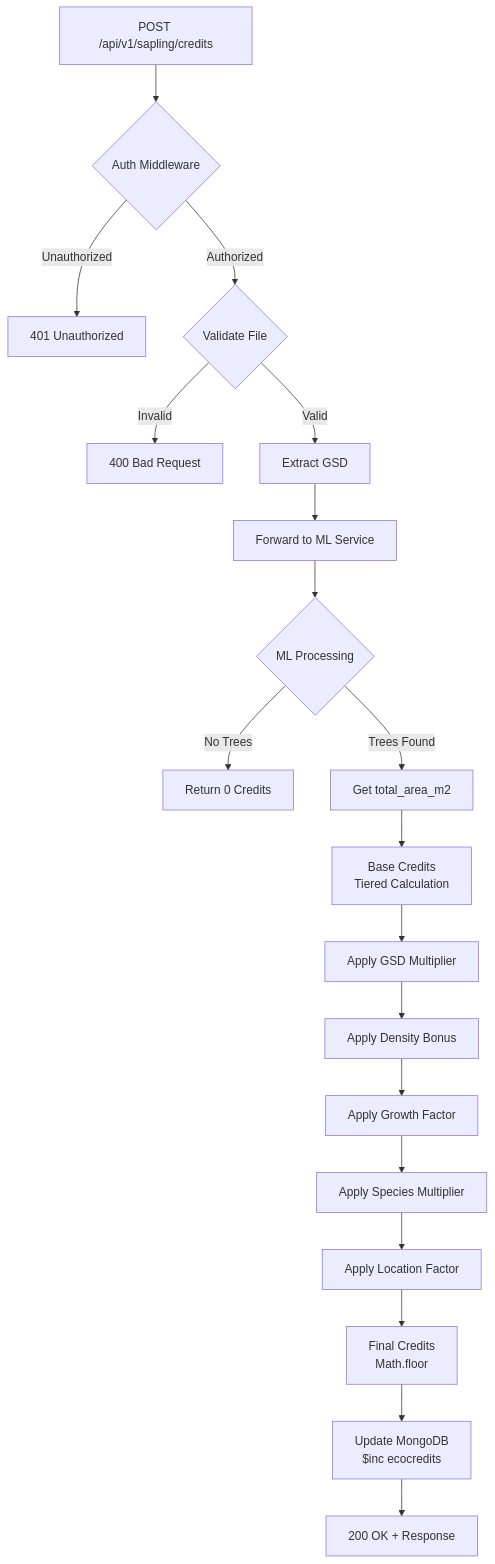
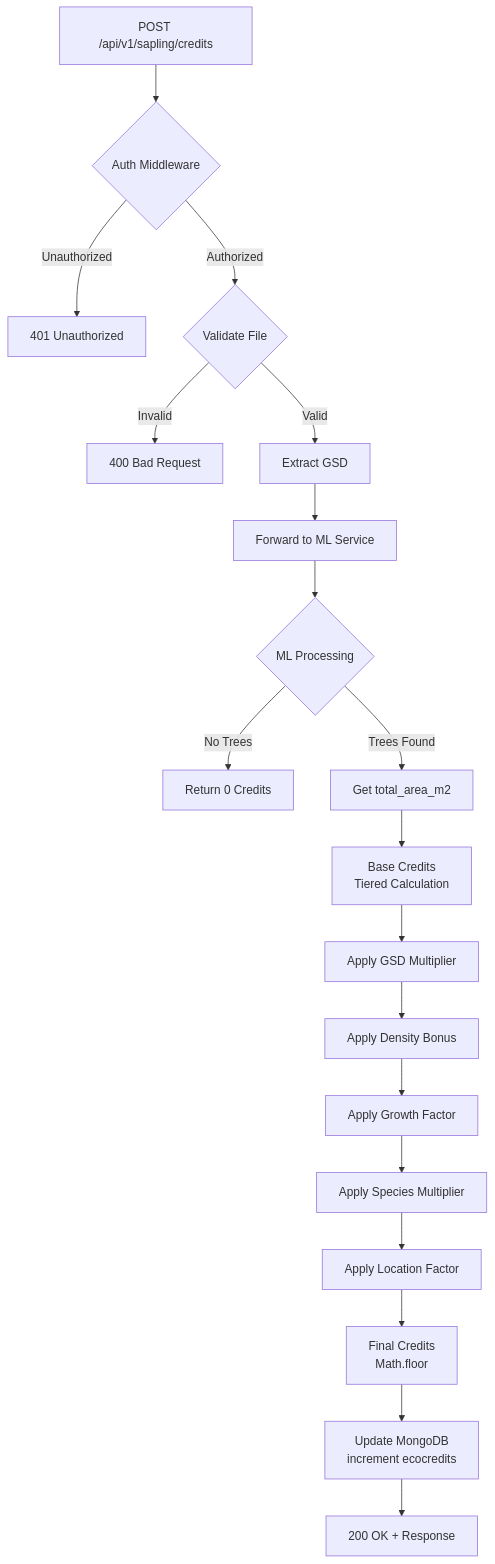
One commit to NEhIL06/Ecosap changed the seventh of 9 diagrams in README.md. Above: the diagram before and after it, drawn with Mermaid. The commit also changed other lines of this file, not shown here.

Commit message:
docs: Clarify and simplify diagram text and notation in README, including replacing `$inc` with `increment` and `π` with `pi`.

````diff
--- a/README.md
+++ b/README.md
@@ -399,24 +399,24 @@
 ```mermaid
 graph TD
     A[POST /api/v1/sapling/credits] --> B{Auth Middleware}
     B -->|Unauthorized| C[401 Unauthorized]
     B -->|Authorized| D{Validate File}
     D -->|Invalid| E[400 Bad Request]
     D -->|Valid| F[Extract GSD]
     F --> G[Forward to ML Service]
     
     G --> H{ML Processing}
     H -->|No Trees| I[Return 0 Credits]
     H -->|Trees Found| J[Get total_area_m2]
     
     J --> K[Base Credits<br/>Tiered Calculation]
     K --> L[Apply GSD Multiplier]
     L --> M[Apply Density Bonus]
     M --> N[Apply Growth Factor]
     N --> O[Apply Species Multiplier]
     O --> P[Apply Location Factor]
     
     P --> Q[Final Credits<br/>Math.floor]
-    Q --> R[Update MongoDB<br/>$inc ecocredits]
+    Q --> R[Update MongoDB<br/>increment ecocredits]
     R --> S[200 OK + Response]
 ```
````
